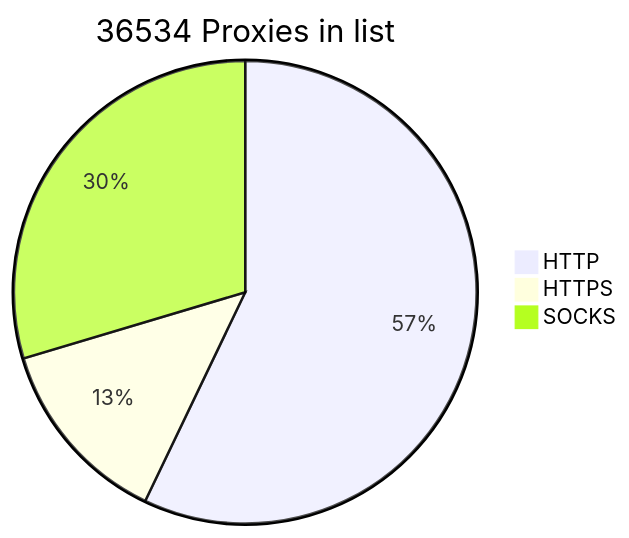
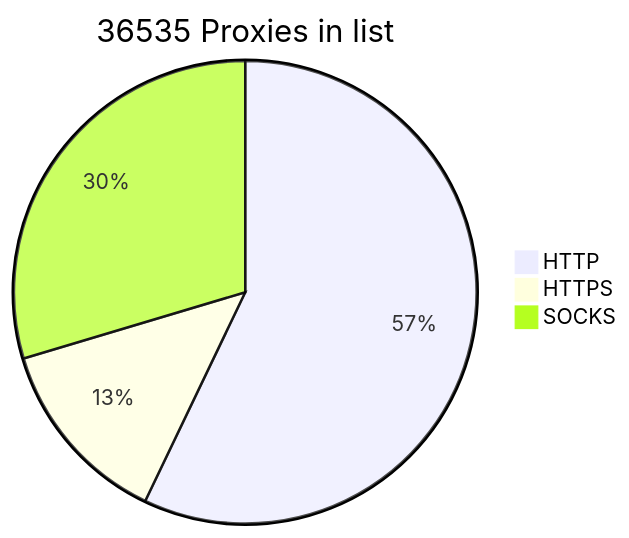
Before and after one commit to BlackSnowDot/proxylist-update-every-minute: the diagram in README.md, drawn with Mermaid.

````diff
--- a/README.md
+++ b/README.md
@@ -2,6 +2,6 @@
 ```mermaid
-pie title 36534 Proxies in list
+pie title 36535 Proxies in list
     "HTTP" : 23182
     "HTTPS": 5386
-    "SOCKS" : 12022
+    "SOCKS" : 12023
 ```
````
